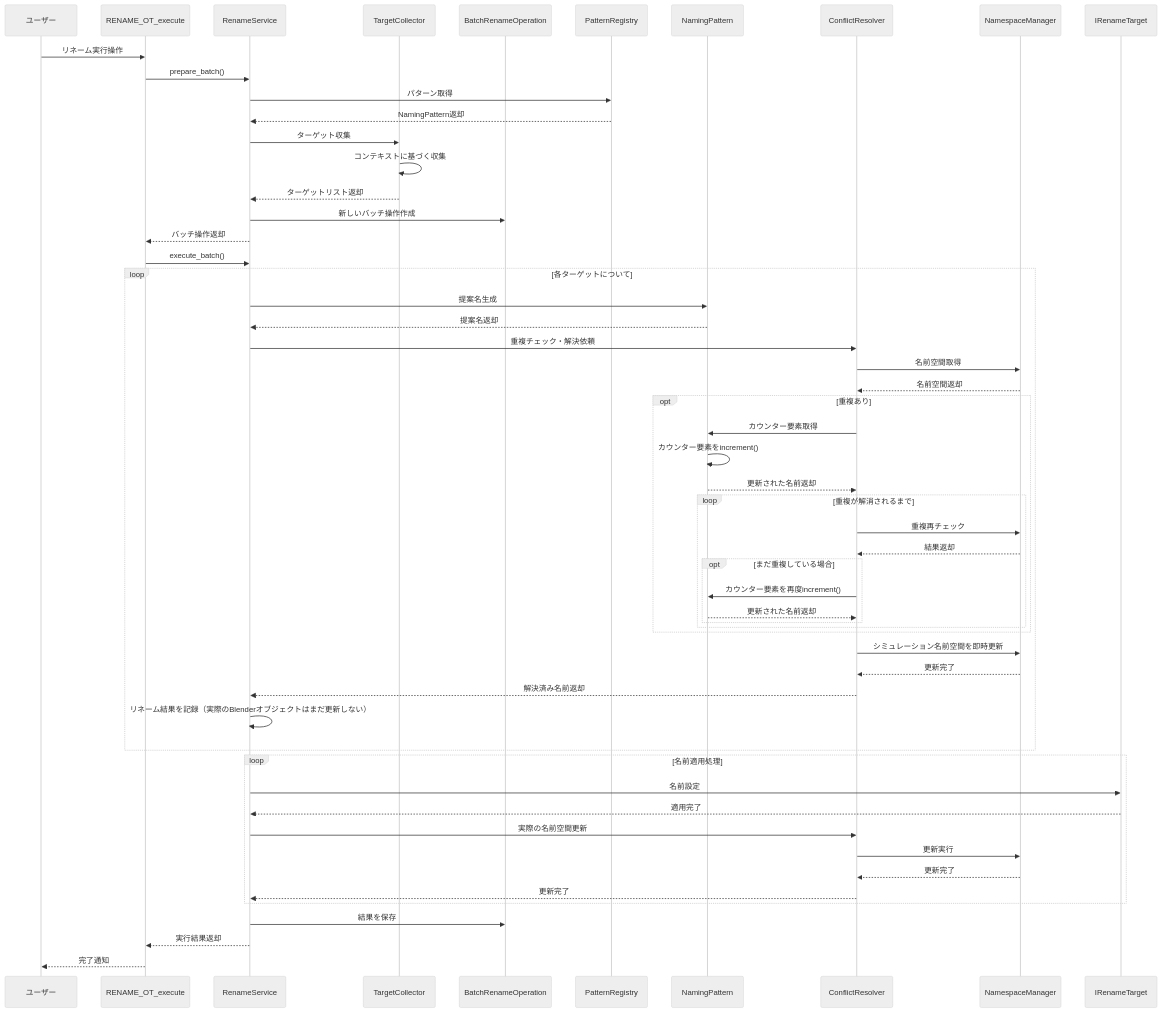
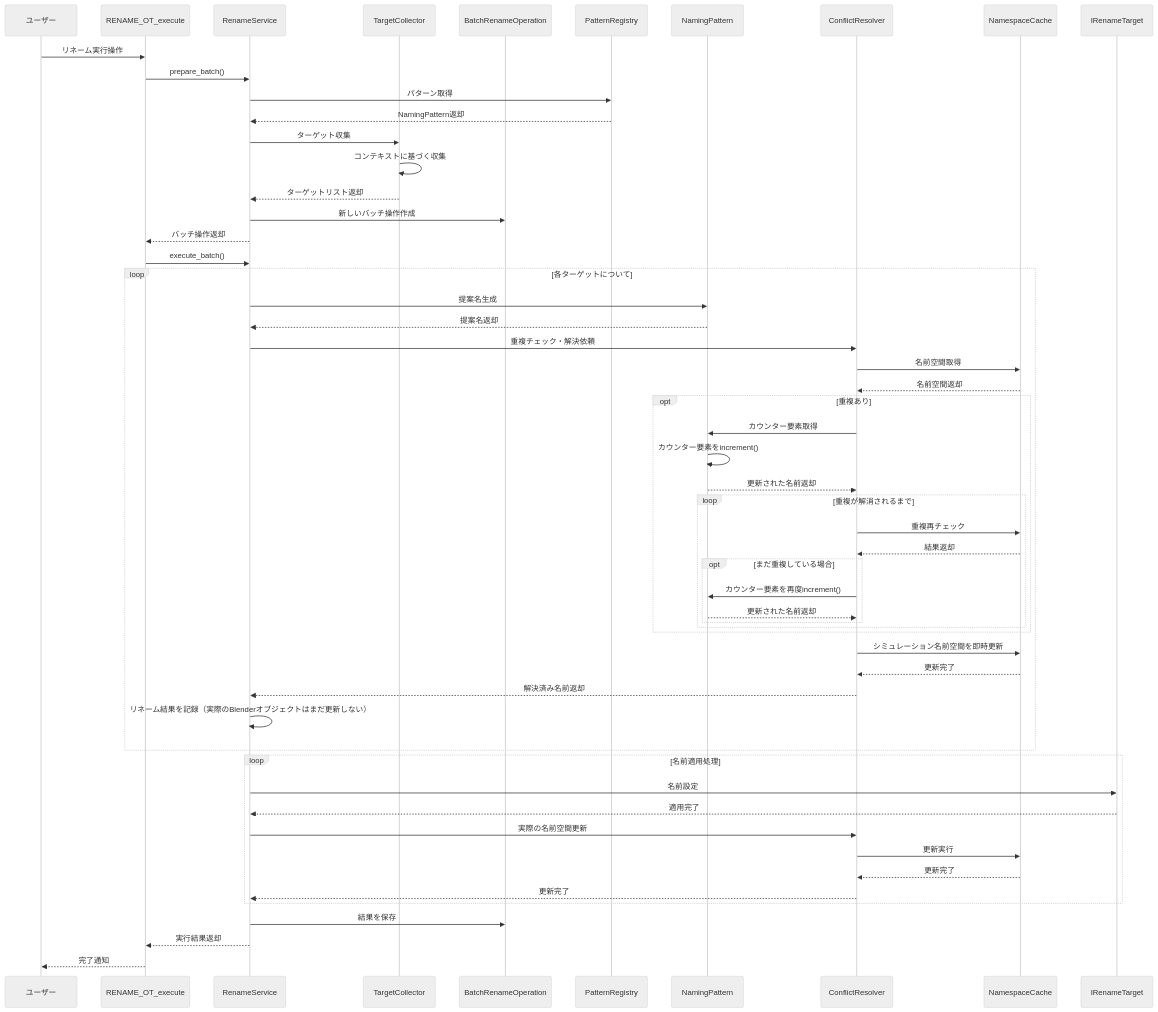
Before and after one commit to Pluglug/modular-renamer: the first of 3 diagrams in docs/source/development/design_notes/class_diagrams.rst, drawn with Mermaid (neutral theme). The commit also changed other lines of this file and 13 other files, not shown here.

```diff
--- a/docs/source/development/design_notes/class_diagrams.rst
+++ b/docs/source/development/design_notes/class_diagrams.rst
@@ -5,74 +5,74 @@
 .. mermaid::
     :caption: 順次処理型一括リネーム処理フロー
     :zoom:
 
     sequenceDiagram
         participant ユーザー
         participant RENAME_OT_execute
         participant RenameService
         participant TargetCollector
         participant BatchRenameOperation
         participant PatternRegistry
         participant NamingPattern
         participant ConflictResolver
-        participant NamespaceManager
+        participant NamespaceCache
         
         ユーザー->>RENAME_OT_execute: リネーム実行操作
         RENAME_OT_execute->>RenameService: prepare_batch()
         
         RenameService->>PatternRegistry: パターン取得
         PatternRegistry-->>RenameService: NamingPattern返却
         
         RenameService->>TargetCollector: ターゲット収集
         TargetCollector->>TargetCollector: コンテキストに基づく収集
         TargetCollector-->>RenameService: ターゲットリスト返却
         
         RenameService->>BatchRenameOperation: 新しいバッチ操作作成
         RenameService-->>RENAME_OT_execute: バッチ操作返却
         
         RENAME_OT_execute->>RenameService: execute_batch()
         
         loop 各ターゲットについて
             RenameService->>NamingPattern: 提案名生成
             NamingPattern-->>RenameService: 提案名返却
             
             RenameService->>ConflictResolver: 重複チェック・解決依頼
-            ConflictResolver->>NamespaceManager: 名前空間取得
-            NamespaceManager-->>ConflictResolver: 名前空間返却
+            ConflictResolver->>NamespaceCache: 名前空間取得
+            NamespaceCache-->>ConflictResolver: 名前空間返却
             
             opt 重複あり
                 ConflictResolver->>NamingPattern: カウンター要素取得
                 NamingPattern->>NamingPattern: カウンター要素をincrement()
                 NamingPattern-->>ConflictResolver: 更新された名前返却
                 
                 loop 重複が解消されるまで
-                    ConflictResolver->>NamespaceManager: 重複再チェック
-                    NamespaceManager-->>ConflictResolver: 結果返却
+                    ConflictResolver->>NamespaceCache: 重複再チェック
+                    NamespaceCache-->>ConflictResolver: 結果返却
                     
                     opt まだ重複している場合
                         ConflictResolver->>NamingPattern: カウンター要素を再度increment()
                         NamingPattern-->>ConflictResolver: 更新された名前返却
                     end
                 end
             end
             
-            ConflictResolver->>NamespaceManager: シミュレーション名前空間を即時更新
-            NamespaceManager-->>ConflictResolver: 更新完了
+            ConflictResolver->>NamespaceCache: シミュレーション名前空間を即時更新
+            NamespaceCache-->>ConflictResolver: 更新完了
             ConflictResolver-->>RenameService: 解決済み名前返却
             
             RenameService->>RenameService: リネーム結果を記録（実際のBlenderオブジェクトはまだ更新しない）
         end
         
         loop 名前適用処理
             RenameService->>IRenameTarget: 名前設定
             IRenameTarget-->>RenameService: 適用完了
             
             RenameService->>ConflictResolver: 実際の名前空間更新
-            ConflictResolver->>NamespaceManager: 更新実行
-            NamespaceManager-->>ConflictResolver: 更新完了
+            ConflictResolver->>NamespaceCache: 更新実行
+            NamespaceCache-->>ConflictResolver: 更新完了
             ConflictResolver-->>RenameService: 更新完了
         end
         
         RenameService->>BatchRenameOperation: 結果を保存
         RenameService-->>RENAME_OT_execute: 実行結果返却
         RENAME_OT_execute-->>ユーザー: 完了通知
```
